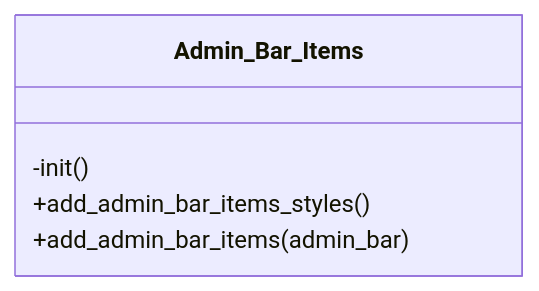
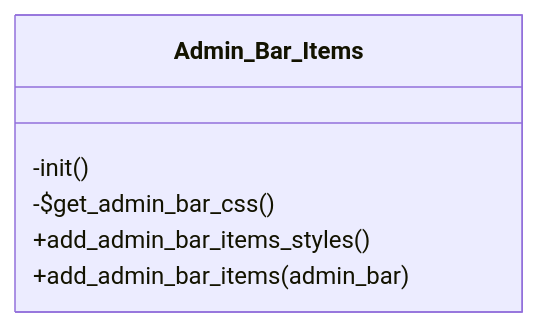
Before and after one commit to tainacan/tainacan: the diagram in docs/phpdoc/classes/Tainacan/Admin_Bar_Items.mmd, drawn with Mermaid. The commit also changed 193 other files, not shown here.

```diff
--- a/docs/phpdoc/classes/Tainacan/Admin_Bar_Items.mmd
+++ b/docs/phpdoc/classes/Tainacan/Admin_Bar_Items.mmd
@@ -1,7 +1,8 @@
 classDiagram
     direction TB
     class Admin_Bar_Items {
         -init()
+        -$get_admin_bar_css()
         +add_admin_bar_items_styles()
         +add_admin_bar_items(admin_bar)
     }
```
